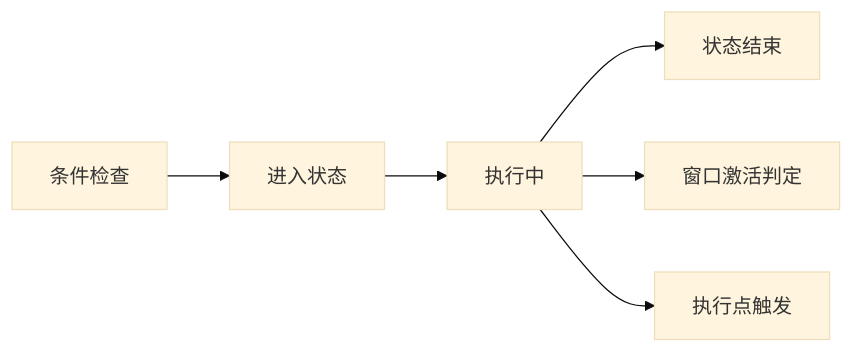
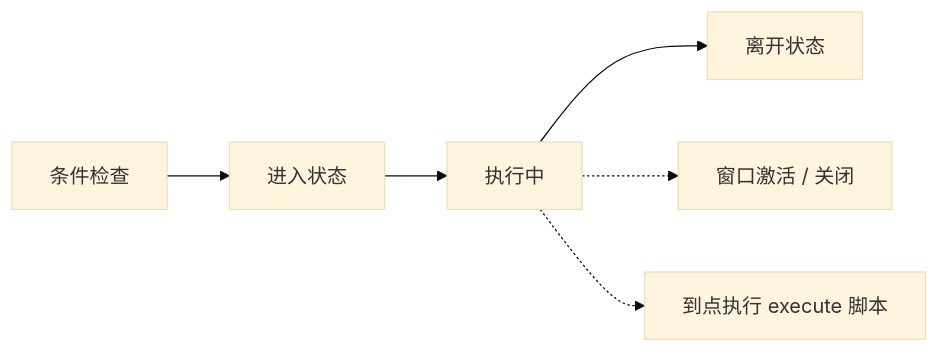
Before and after one commit to 17Artist/ArcartX-Wiki: the third of 4 diagrams in content/docs/chronos/1_start.mdx, drawn with Mermaid (base theme). The commit also changed other lines of this file and 26 other files, not shown here.

````diff
--- a/content/docs/chronos/1_start.mdx
+++ b/content/docs/chronos/1_start.mdx
@@ -139,9 +139,8 @@
 ```mermaid
 flowchart LR
     A["条件检查"] --> B["进入状态"]
     B --> C["执行中"]
-    C --> D["状态结束"]
-    
-    C --> E["窗口激活判定"]
-    C --> F["执行点触发"]
+    C --> D["离开状态"]
+    C -.-> E["窗口激活 / 关闭"]
+    C -.-> F["到点执行 execute 脚本"]
 ```
````
